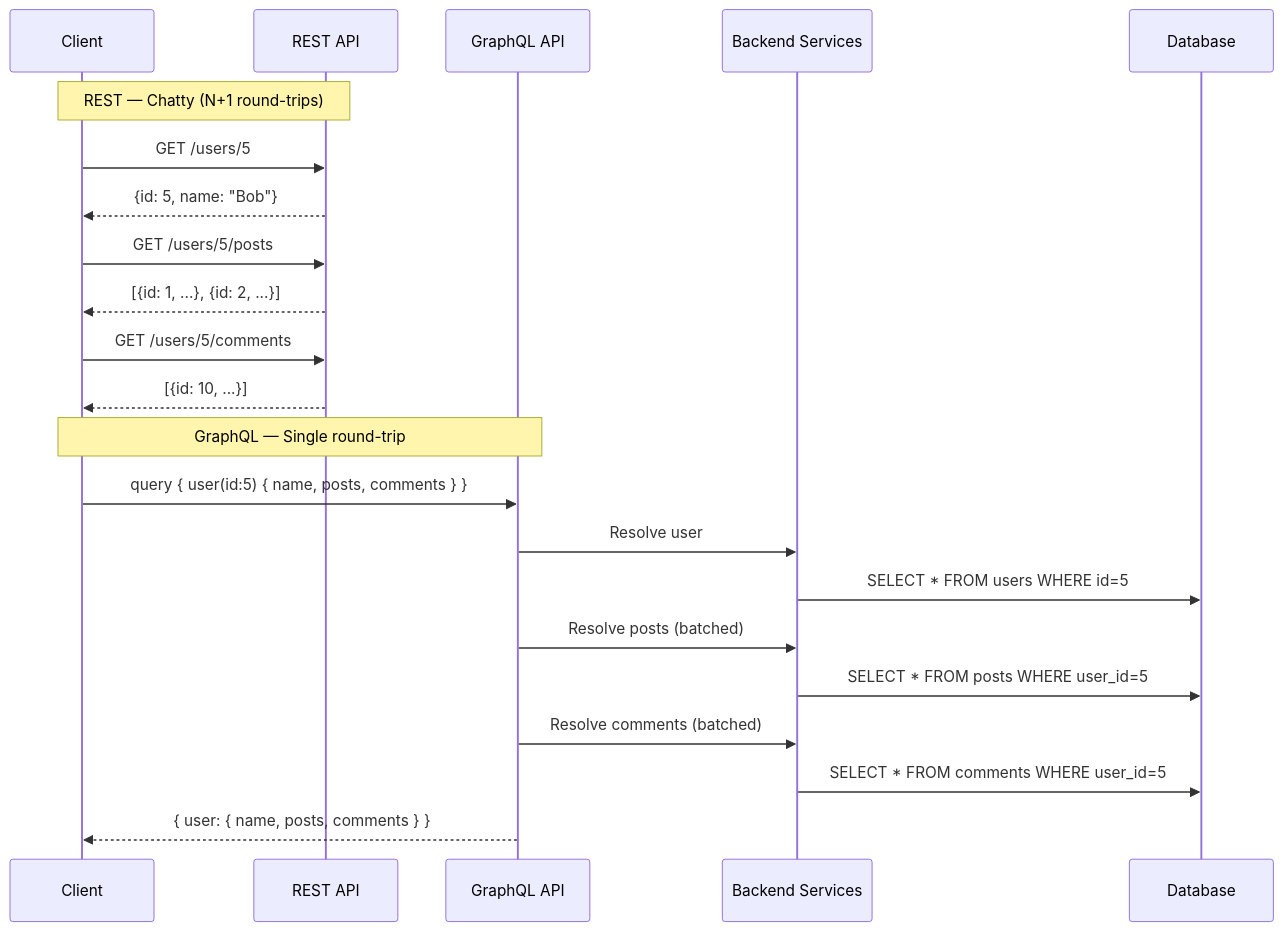
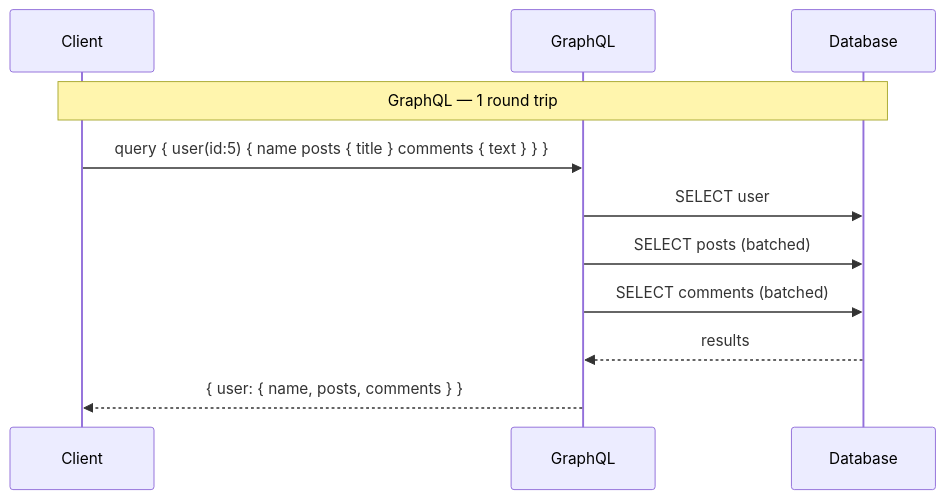
Before and after one commit to usamaElsharkawi/Fundamentals-of-Backend-Engineering: the tenth of 14 diagrams in Section 2: Backend Communication Design Patterns/lecture-07-request-response.md, drawn with Mermaid. The commit also changed other lines of this file and 1 other file, not shown here.

````diff
--- a/Section 2: Backend Communication Design Patterns/lecture-07-request-response.md
+++ b/Section 2: Backend Communication Design Patterns/lecture-07-request-response.md
@@ -134,26 +411,13 @@
 ```mermaid
 sequenceDiagram
-    participant Client
-    participant REST_API as REST API
-    participant GraphQL_API as GraphQL API
-    participant Backend as Backend Services
+    participant C as Client
+    participant G as GraphQL
     participant DB as Database
-
-    Note over Client,REST_API: REST — Chatty (N+1 round-trips)
-    Client->>REST_API: GET /users/5
-    REST_API-->>Client: {id: 5, name: "Bob"}
-    Client->>REST_API: GET /users/5/posts
-    REST_API-->>Client: [{id: 1, ...}, {id: 2, ...}]
-    Client->>REST_API: GET /users/5/comments
-    REST_API-->>Client: [{id: 10, ...}]
-
-    Note over Client,GraphQL_API: GraphQL — Single round-trip
-    Client->>GraphQL_API: query { user(id:5) { name, posts, comments } }
-    GraphQL_API->>Backend: Resolve user
-    Backend->>DB: SELECT * FROM users WHERE id=5
-    GraphQL_API->>Backend: Resolve posts (batched)
-    Backend->>DB: SELECT * FROM posts WHERE user_id=5
-    GraphQL_API->>Backend: Resolve comments (batched)
-    Backend->>DB: SELECT * FROM comments WHERE user_id=5
-    GraphQL_API-->>Client: { user: { name, posts, comments } }
+    Note over C,DB: GraphQL — 1 round trip
+    C->>G: query { user(id:5) { name posts { title } comments { text } } }
+    G->>DB: SELECT user
+    G->>DB: SELECT posts (batched)
+    G->>DB: SELECT comments (batched)
+    DB-->>G: results
+    G-->>C: { user: { name, posts, comments } }
 ```
````
